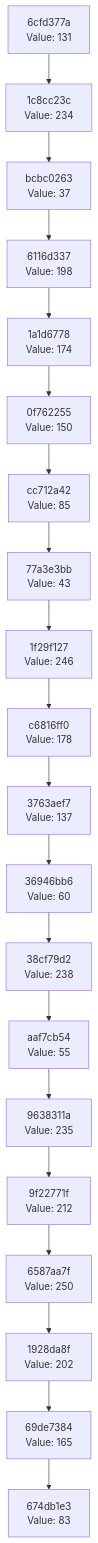
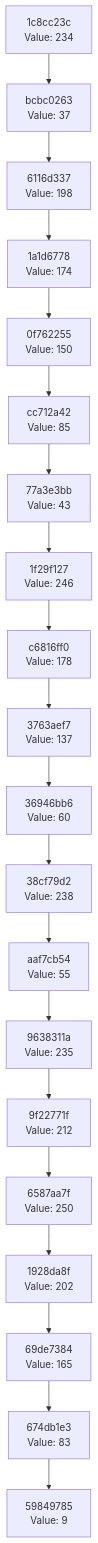
One commit to Abhisheksinha1506/hash-chain-evolver changed the diagram in docs/CHAIN_VISUALIZATION.md. Above: the diagram before and after it, drawn with Mermaid. The commit also changed 2 other files, not shown here.

Commit message:
Evolution step: hash 0x09 → action executed

````diff
--- a/docs/CHAIN_VISUALIZATION.md
+++ b/docs/CHAIN_VISUALIZATION.md
@@ -3,42 +3,42 @@
 ```mermaid
 graph TD
-    C0["674db1e3<br/>Value: 83"]
-    C1["69de7384<br/>Value: 165"]
+    C0["59849785<br/>Value: 9"]
+    C1["674db1e3<br/>Value: 83"]
     C1 --> C0
-    C2["1928da8f<br/>Value: 202"]
+    C2["69de7384<br/>Value: 165"]
     C2 --> C1
-    C3["6587aa7f<br/>Value: 250"]
+    C3["1928da8f<br/>Value: 202"]
     C3 --> C2
-    C4["9f22771f<br/>Value: 212"]
+    C4["6587aa7f<br/>Value: 250"]
     C4 --> C3
-    C5["9638311a<br/>Value: 235"]
+    C5["9f22771f<br/>Value: 212"]
     C5 --> C4
-    C6["aaf7cb54<br/>Value: 55"]
+    C6["9638311a<br/>Value: 235"]
     C6 --> C5
-    C7["38cf79d2<br/>Value: 238"]
+    C7["aaf7cb54<br/>Value: 55"]
     C7 --> C6
-    C8["36946bb6<br/>Value: 60"]
+    C8["38cf79d2<br/>Value: 238"]
     C8 --> C7
-    C9["3763aef7<br/>Value: 137"]
+    C9["36946bb6<br/>Value: 60"]
     C9 --> C8
-    C10["c6816ff0<br/>Value: 178"]
+    C10["3763aef7<br/>Value: 137"]
     C10 --> C9
-    C11["1f29f127<br/>Value: 246"]
+    C11["c6816ff0<br/>Value: 178"]
     C11 --> C10
-    C12["77a3e3bb<br/>Value: 43"]
+    C12["1f29f127<br/>Value: 246"]
     C12 --> C11
-    C13["cc712a42<br/>Value: 85"]
+    C13["77a3e3bb<br/>Value: 43"]
     C13 --> C12
-    C14["0f762255<br/>Value: 150"]
+    C14["cc712a42<br/>Value: 85"]
     C14 --> C13
-    C15["1a1d6778<br/>Value: 174"]
+    C15["0f762255<br/>Value: 150"]
     C15 --> C14
-    C16["6116d337<br/>Value: 198"]
+    C16["1a1d6778<br/>Value: 174"]
     C16 --> C15
-    C17["bcbc0263<br/>Value: 37"]
+    C17["6116d337<br/>Value: 198"]
     C17 --> C16
-    C18["1c8cc23c<br/>Value: 234"]
+    C18["bcbc0263<br/>Value: 37"]
     C18 --> C17
-    C19["6cfd377a<br/>Value: 131"]
+    C19["1c8cc23c<br/>Value: 234"]
     C19 --> C18
 ```
````
